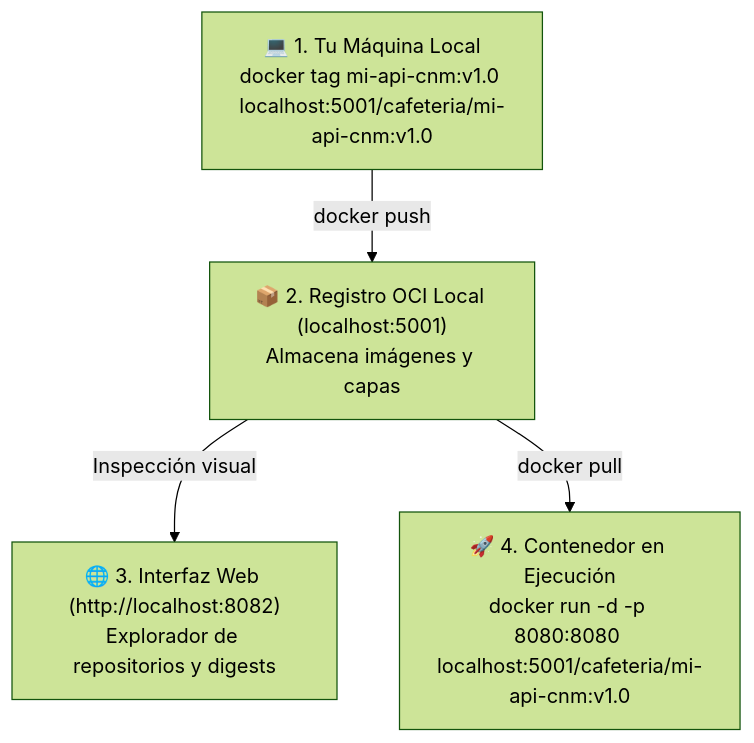
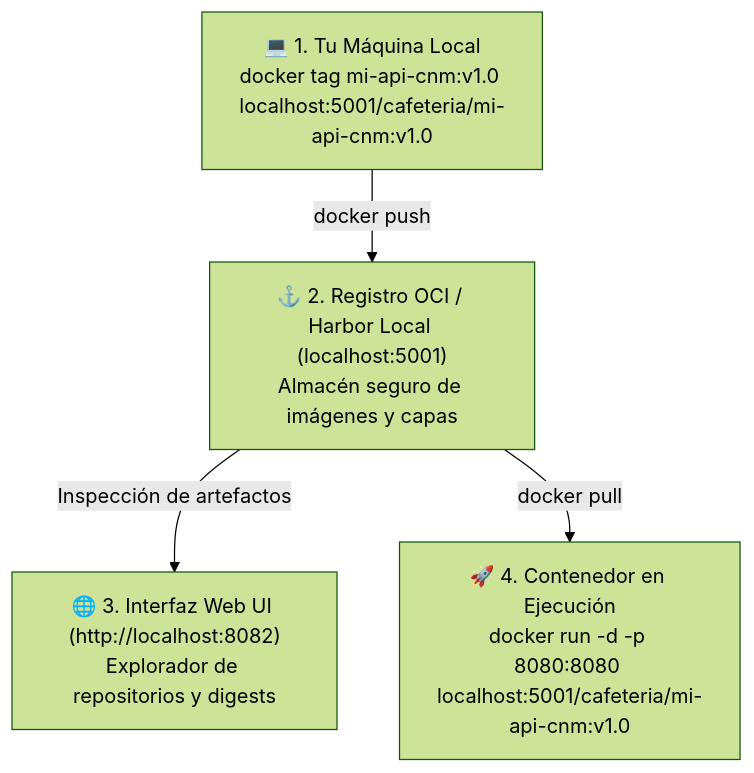
One commit to Camilaux/Fundamentos-Kubernetes changed the diagram in semana-00-fundamentos-docker/1.ejemplos/05-registro-imagenes-harbor/README.md. Above: the diagram before and after it, drawn with Mermaid (forest theme).

Commit message:
docs(ejemplo-05): actualizar referencia en diagrama a Registro OCI / Harbor Local

````diff
--- a/semana-00-fundamentos-docker/1.ejemplos/05-registro-imagenes-harbor/README.md
+++ b/semana-00-fundamentos-docker/1.ejemplos/05-registro-imagenes-harbor/README.md
@@ -15,11 +15,11 @@
 ```mermaid
 flowchart TD
     DEV["💻 1. Tu Máquina Local<br/>docker tag mi-api-cnm:v1.0 localhost:5001/cafeteria/mi-api-cnm:v1.0"]
-    REG["📦 2. Registro OCI Local (localhost:5001)<br/>Almacena imágenes y capas"]
-    UI["🌐 3. Interfaz Web (http://localhost:8082)<br/>Explorador de repositorios y digests"]
+    REG["⚓ 2. Registro OCI / Harbor Local (localhost:5001)<br/>Almacén seguro de imágenes y capas"]
+    UI["🌐 3. Interfaz Web UI (http://localhost:8082)<br/>Explorador de repositorios y digests"]
     RUN["🚀 4. Contenedor en Ejecución<br/>docker run -d -p 8080:8080 localhost:5001/cafeteria/mi-api-cnm:v1.0"]
 
     DEV -->|"docker push"| REG
-    REG -->|"Inspección visual"| UI
+    REG -->|"Inspección de artefactos"| UI
     REG -->|"docker pull"| RUN
 ```
````
